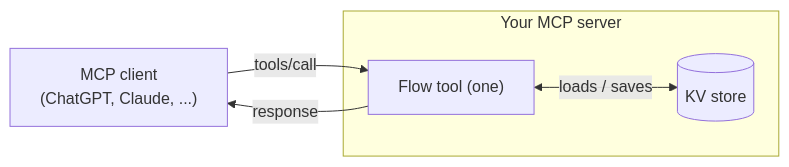
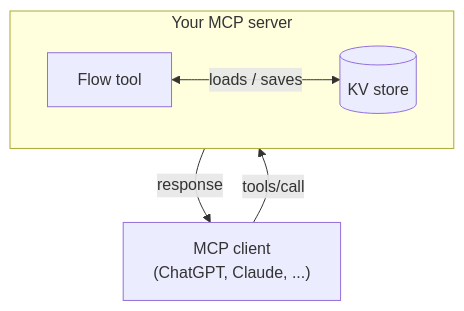
Before and after one commit to WaniWani-AI/sdk: the first of 3 diagrams in docs/flows/architecture.mdx, drawn with Mermaid. The commit also changed other lines of this file, not shown here.

Commit message:
docs(architecture): clarify stateful vs stateless runtime, fix Mermaid layout
The "MCP itself is stateless" framing was wrong — MCP servers can be
stateful (stdio, single-instance HTTP) or stateless (serverless). The
engine requires a KvStore regardless; the runtime statefulness only
affects which store you pick (MemoryKvStore for stateful, real backing
store for stateless).

Also flip the pieces diagram to flowchart TB (Client over Server box)
with Tool/KV side-by-side inside, so the KV store isn't hidden under
Mintlify's bottom-right zoom controls. Drop "(one)" from the Flow tool
label.

````diff
--- a/docs/flows/architecture.mdx
+++ b/docs/flows/architecture.mdx
@@ -12,11 +12,12 @@
 ```mermaid
-flowchart LR
+flowchart TB
     Client["MCP client<br/>(ChatGPT, Claude, ...)"]
     subgraph Server["Your MCP server"]
-      Tool["Flow tool (one)"]
+      direction LR
+      Tool["Flow tool"]
       KV[("KV store")]
       Tool <-->|loads / saves| KV
     end
     Client -->|tools/call| Tool
     Tool -->|response| Client
 ```
````
